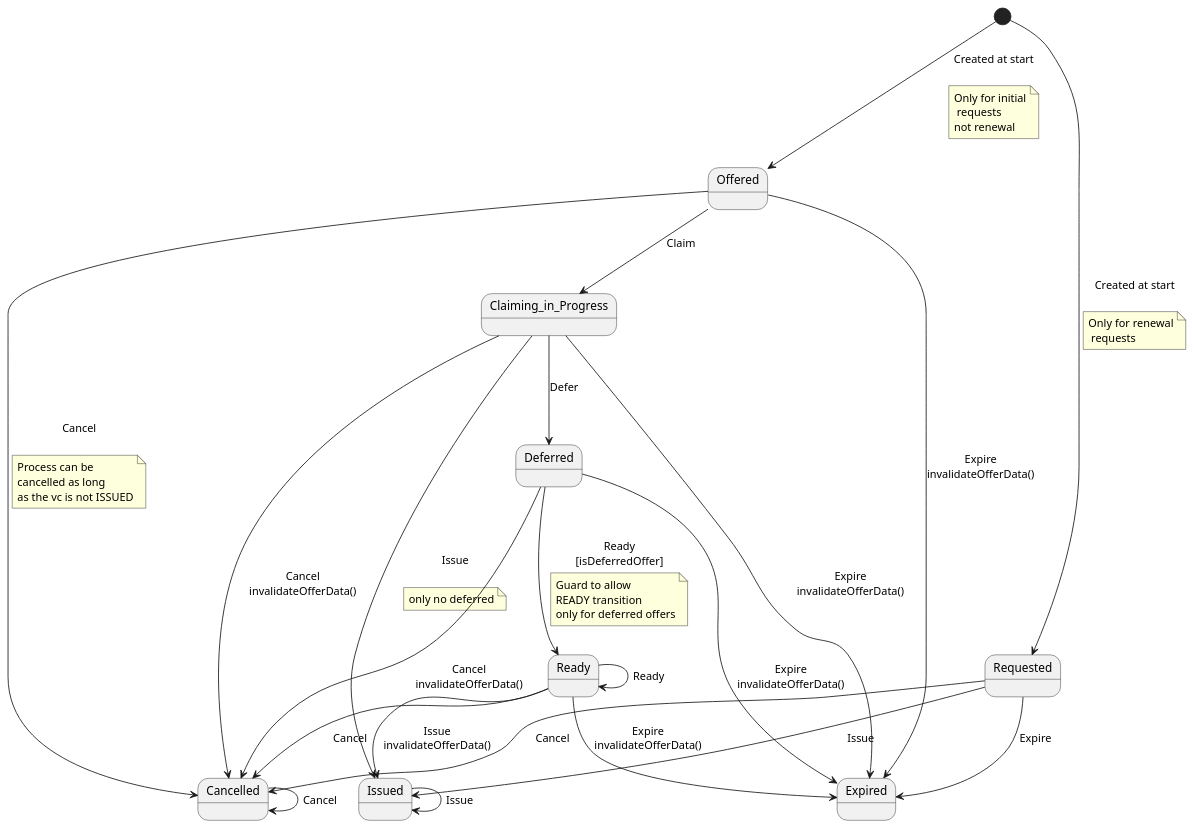
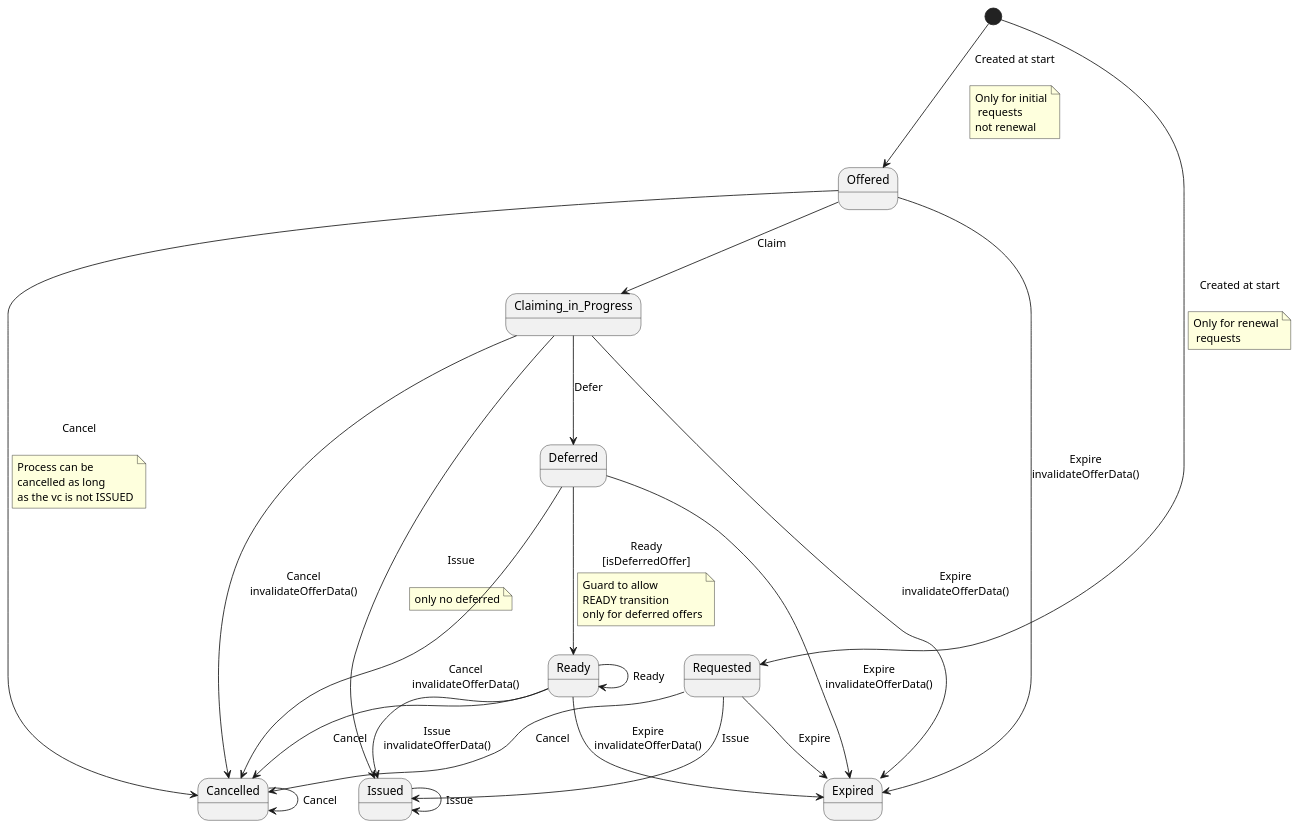
One commit to swiyu-admin-ch/swiyu-issuer changed the diagram in issuer-service/src/main/resources/plantuml/credentialOfferStateMachine.puml. Above: the diagram before and after it, drawn with PlantUML. The commit also changed other lines of this file and 12 other files, not shown here.

```diff
--- a/issuer-service/src/main/resources/plantuml/credentialOfferStateMachine.puml
+++ b/issuer-service/src/main/resources/plantuml/credentialOfferStateMachine.puml
@@ -1,58 +1,58 @@
 @startuml
+state Deferred
+state Issued
+state Claiming_in_Progress
+state Ready
+state Cancelled
+state Expired
+state Requested
 state Offered
-state Expired
-state Claiming_in_Progress
-state Cancelled
-state Issued
-state Ready
-state Deferred
-state Requested
 [*] --> Offered : Created at start\n
 note on link
 Only for initial
  requests
 not renewal
 end note
 
 [*] --> Requested : Created at start\n
 note on link
 Only for renewal
  requests
 end note
 
 Requested --> Issued : Issue
 Requested --> Cancelled : Cancel
 Requested --> Expired : Expire
 Offered --> Cancelled : Cancel\n
 note on link
 Process can be
 cancelled as long
 as the vc is not ISSUED
 end note
 
 Offered --> Expired : Expire\ninvalidateOfferData()
 Offered --> Claiming_in_Progress : Claim
 Claiming_in_Progress --> Expired : Expire\ninvalidateOfferData()
 Claiming_in_Progress --> Deferred : Defer
 Claiming_in_Progress --> Issued : Issue\n
 note on link
 only no deferred
 end note
 
 Claiming_in_Progress --> Cancelled : Cancel\ninvalidateOfferData()
 Deferred --> Ready : Ready\n[isDeferredOffer]
 note on link
 Guard to allow
 READY transition
 only for deferred offers
 end note
 
 Deferred --> Expired : Expire\ninvalidateOfferData()
 Deferred --> Cancelled : Cancel\ninvalidateOfferData()
 Ready --> Issued : Issue\ninvalidateOfferData()
 Ready --> Expired : Expire\ninvalidateOfferData()
 Ready --> Cancelled : Cancel
 Ready --> Ready : Ready
 Issued --> Issued : Issue
 Cancelled --> Cancelled : Cancel
 @enduml
```
